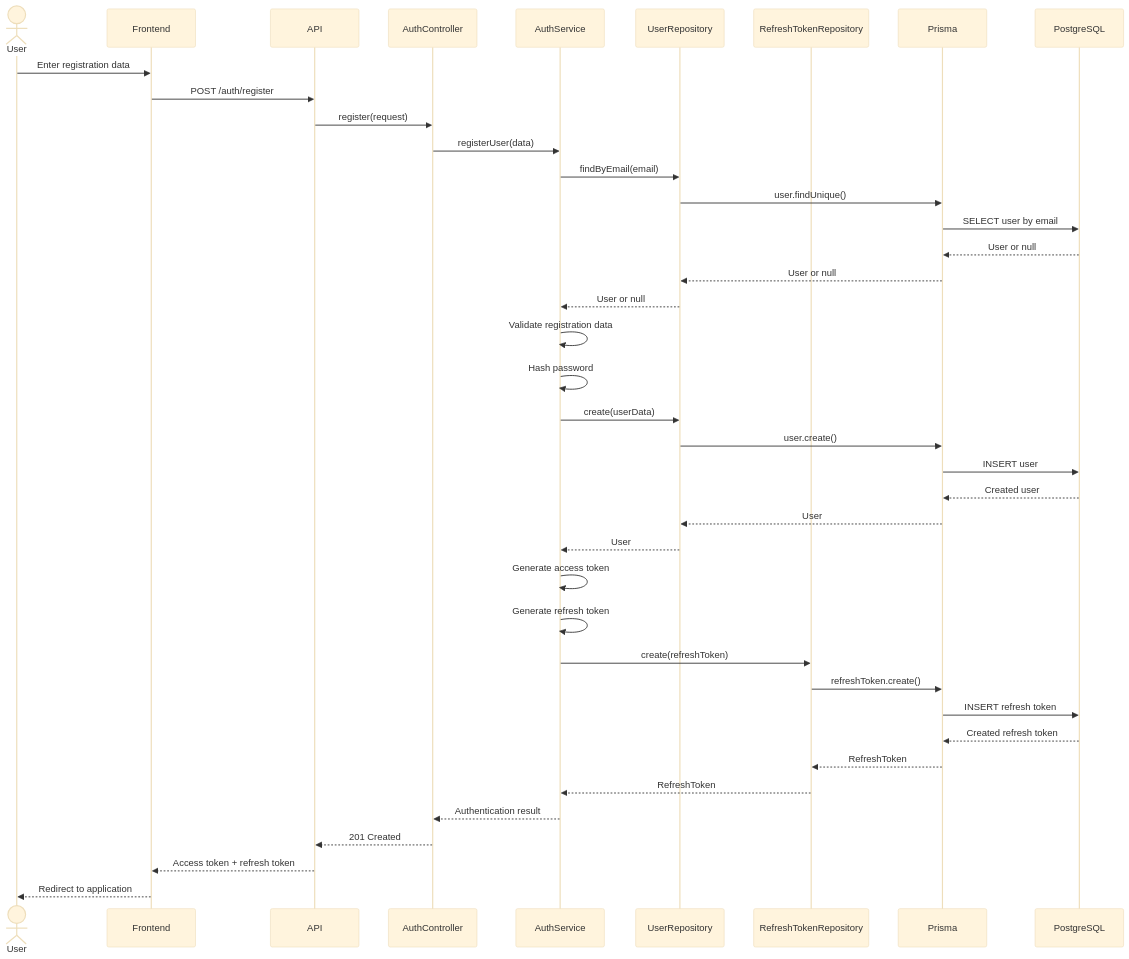
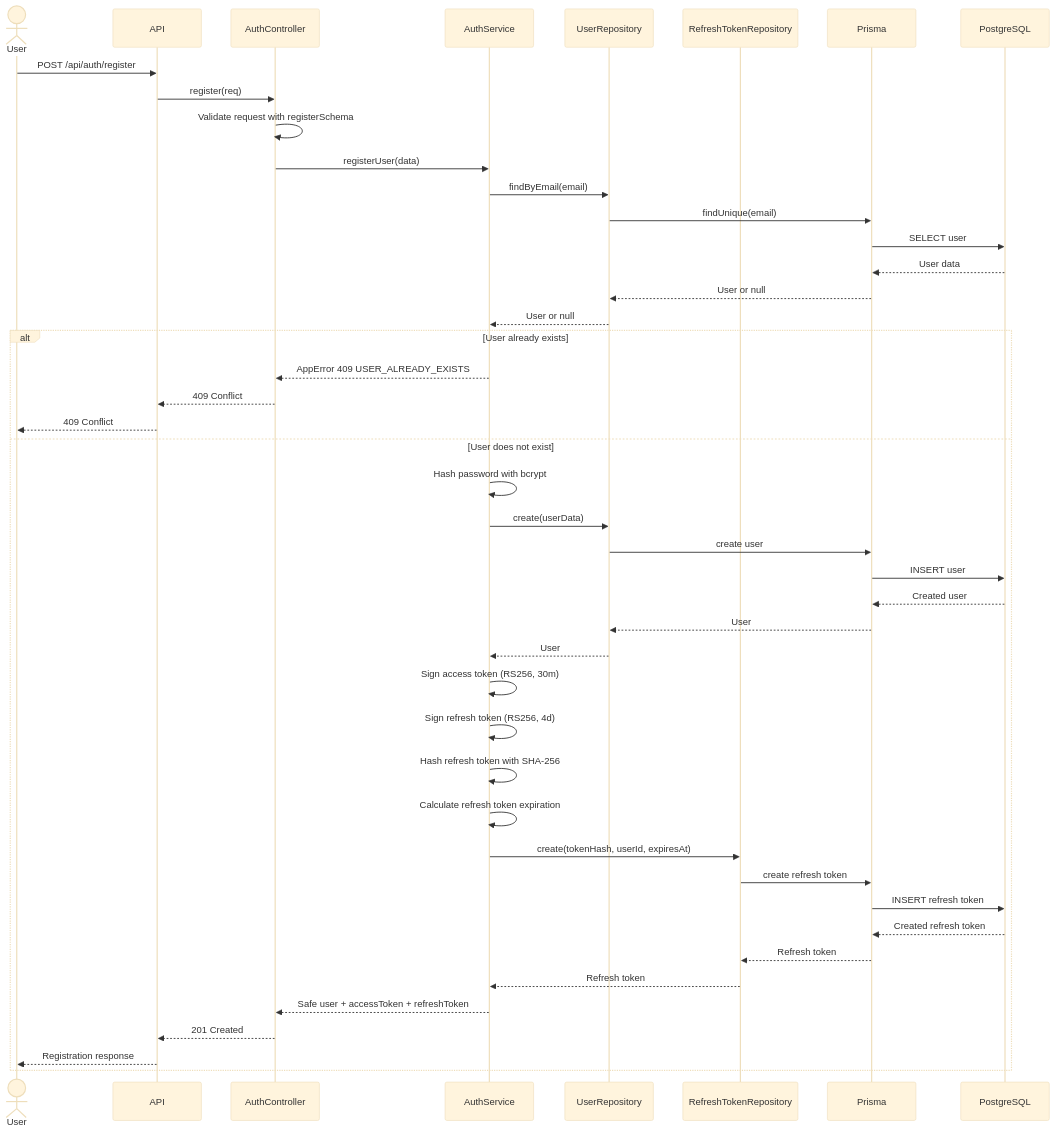
Before and after one commit to davihenriquedev1/prodixus: the diagram in docs/diagrams/sequence-diagrams/auth/register-user.md, drawn with Mermaid (base theme). The commit also changed other lines of this file and 8 other files, not shown here.

Commit message:
docs: update auth and user sequence diagrams

````diff
--- a/docs/diagrams/sequence-diagrams/auth/register-user.md
+++ b/docs/diagrams/sequence-diagrams/auth/register-user.md
@@ -3,49 +3,53 @@
 ```mermaid
 sequenceDiagram
     actor User
-    participant Frontend
     participant API
     participant AuthController
     participant AuthService
     participant UserRepository
     participant RefreshTokenRepository
     participant Prisma
     participant PostgreSQL
 
-    User->>Frontend: Enter registration data
-    Frontend->>API: POST /auth/register
-    API->>AuthController: register(request)
+    User->>API: POST /api/auth/register
+    API->>AuthController: register(req)
+    AuthController->>AuthController: Validate request with registerSchema
     AuthController->>AuthService: registerUser(data)
 
     AuthService->>UserRepository: findByEmail(email)
-    UserRepository->>Prisma: user.findUnique()
-    Prisma->>PostgreSQL: SELECT user by email
-    PostgreSQL-->>Prisma: User or null
+    UserRepository->>Prisma: findUnique(email)
+    Prisma->>PostgreSQL: SELECT user
+    PostgreSQL-->>Prisma: User data
     Prisma-->>UserRepository: User or null
     UserRepository-->>AuthService: User or null
 
-    AuthService->>AuthService: Validate registration data
-    AuthService->>AuthService: Hash password
+    alt User already exists
+        AuthService-->>AuthController: AppError 409 USER_ALREADY_EXISTS
+        AuthController-->>API: 409 Conflict
+        API-->>User: 409 Conflict
+    else User does not exist
+        AuthService->>AuthService: Hash password with bcrypt
+        AuthService->>UserRepository: create(userData)
+        UserRepository->>Prisma: create user
+        Prisma->>PostgreSQL: INSERT user
+        PostgreSQL-->>Prisma: Created user
+        Prisma-->>UserRepository: User
+        UserRepository-->>AuthService: User
 
-    AuthService->>UserRepository: create(userData)
-    UserRepository->>Prisma: user.create()
-    Prisma->>PostgreSQL: INSERT user
-    PostgreSQL-->>Prisma: Created user
-    Prisma-->>UserRepository: User
-    UserRepository-->>AuthService: User
+        AuthService->>AuthService: Sign access token (RS256, 30m)
+        AuthService->>AuthService: Sign refresh token (RS256, 4d)
+        AuthService->>AuthService: Hash refresh token with SHA-256
+        AuthService->>AuthService: Calculate refresh token expiration
 
-    AuthService->>AuthService: Generate access token
-    AuthService->>AuthService: Generate refresh token
+        AuthService->>RefreshTokenRepository: create(tokenHash, userId, expiresAt)
+        RefreshTokenRepository->>Prisma: create refresh token
+        Prisma->>PostgreSQL: INSERT refresh token
+        PostgreSQL-->>Prisma: Created refresh token
+        Prisma-->>RefreshTokenRepository: Refresh token
+        RefreshTokenRepository-->>AuthService: Refresh token
 
-    AuthService->>RefreshTokenRepository: create(refreshToken)
-    RefreshTokenRepository->>Prisma: refreshToken.create()
-    Prisma->>PostgreSQL: INSERT refresh token
-    PostgreSQL-->>Prisma: Created refresh token
-    Prisma-->>RefreshTokenRepository: RefreshToken
-    RefreshTokenRepository-->>AuthService: RefreshToken
-
-    AuthService-->>AuthController: Authentication result
-    AuthController-->>API: 201 Created
-    API-->>Frontend: Access token + refresh token
-    Frontend-->>User: Redirect to application
+        AuthService-->>AuthController: Safe user + accessToken + refreshToken
+        AuthController-->>API: 201 Created
+        API-->>User: Registration response
+    end
 ```
````
